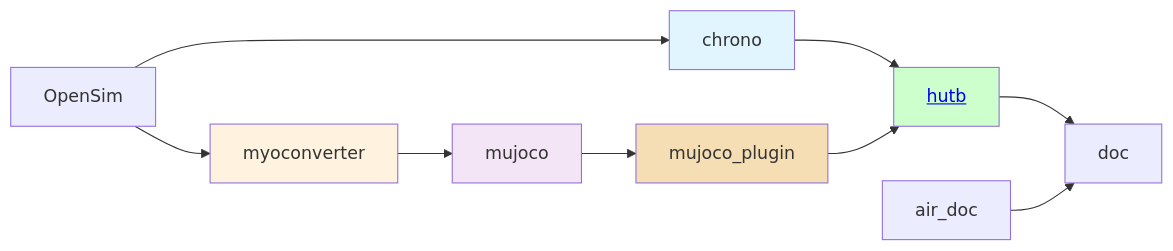
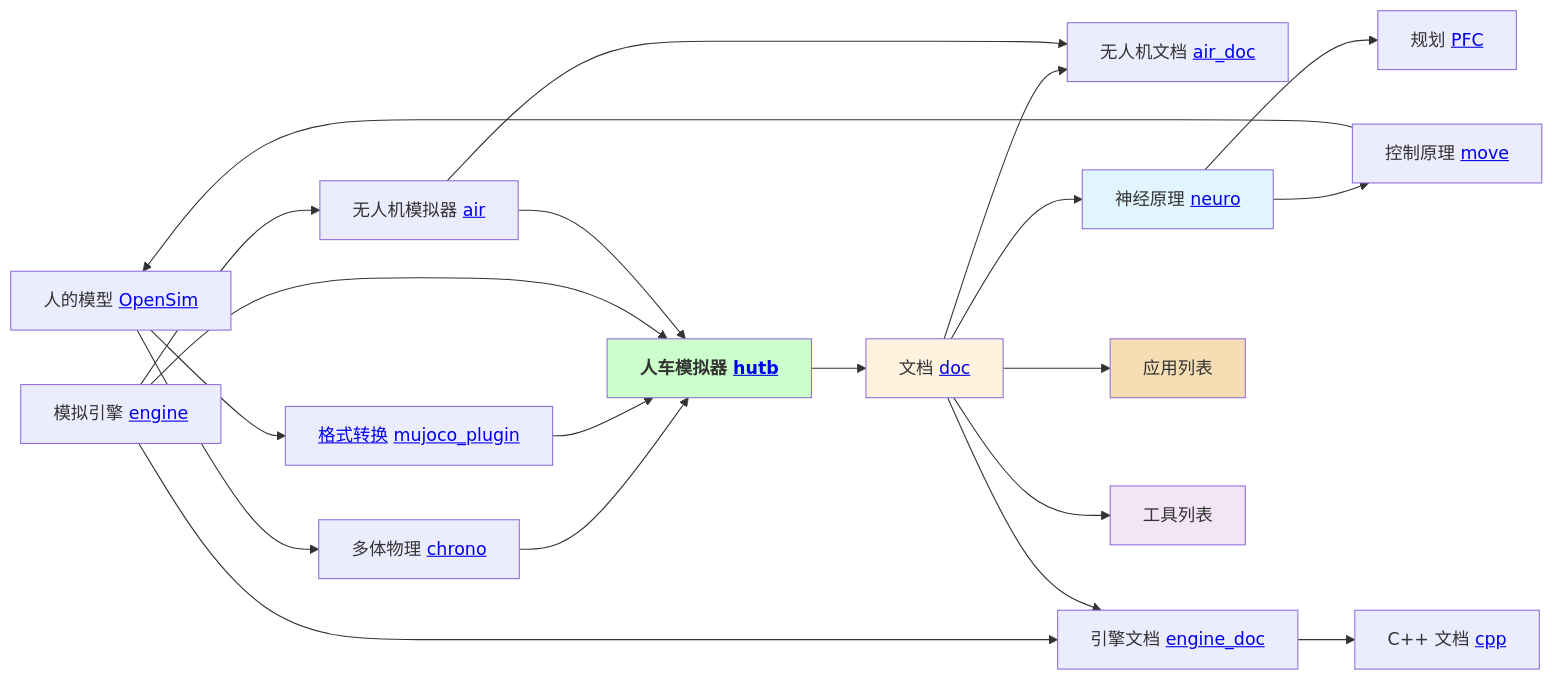
Before and after one commit to OpenHUTB/.github: the first of 3 diagrams in README.md, drawn with Mermaid. The commit also changed other lines of this file, not shown here.

````diff
--- a/README.md
+++ b/README.md
@@ -22,17 +18,29 @@
 ```mermaid
 graph LR
-    A[OpenSim] --> B[chrono]
-    B --> C[<a href='http://google.com'>hutb</a>]
-    A --> D[myoconverter]
-    D --> E[mujoco]
-    E --> F[mujoco_plugin]
+    A[人的模型 <a href='https://github.com/OpenHUTB/opensim-core'>OpenSim</a>] --> B[多体物理 <a href='https://github.com/OpenHUTB/chrono'>chrono</a>]
+    B --> C[<b>人车模拟器 <a href='https://github.com/OpenHUTB/hutb'>hutb</a> </b>]
+    A --> F[<a href='https://github.com/MyoHub/myoconverter'>格式转换</a> <a href='https://github.com/OpenHUTB/mujoco_plugin'>mujoco_plugin</a> ]
     F --> C
-    C --> G[doc]
-    H[air_doc] --> G
-    
-    style B fill:#e1f5fe
+    C --> D[文档 <a href='https://github.com/doc'>doc</a>]
+    D --> H[无人机文档 <a href='https://github.com/air_doc'>air_doc</a>]
+    D --> I[神经原理 <a href='https://github.com/neuro'>neuro</a>]
+    I --> J[规划 <a href='https://github.com/PFC'>PFC</a>]
+    I --> K[控制原理 <a href='https://github.com/move'>move</a>]
+    K --> A
+    L[模拟引擎 <a href='https://github.com/OpenHUTB/engine'>engine</a>] --> C
+    L --> M[引擎文档 <a href='https://github.com/OpenHUTB/cpp'>engine_doc</a>]
+    M --> S[C++ 文档 <a href='https://github.com/OpenHUTB/cpp'>cpp</a>]
+    D --> M
+    L --> N[无人机模拟器 <a href='https://github.com/OpenHUTB/air'>air</a>]
+    N --> C
+    N --> H
+    D --> R[应用列表]
+    D --> Q[工具列表]
+
+
+    style I fill:#e1f5fe
     style C fill:#ccffcc
     style D fill:#fff3e0
-    style E fill:#f3e5f5
-    style F fill:#F5DEB3
+    style Q fill:#f3e5f5
+    style R fill:#F5DEB3
 ```
````
